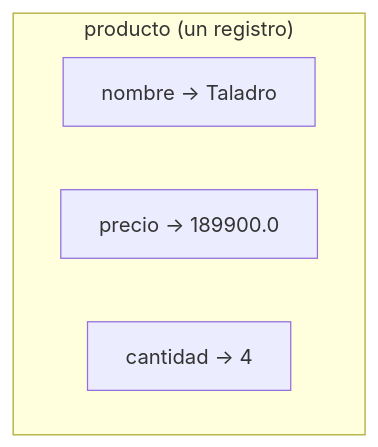
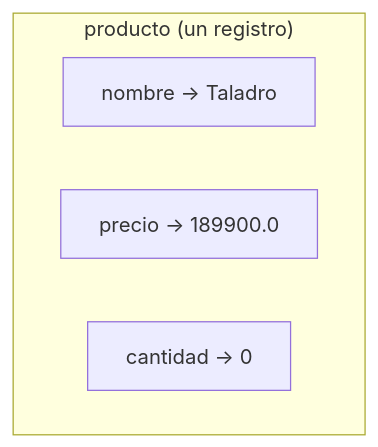
The fourth of 6 diagrams in content/cursos/programacion-cientifica/estructuras-de-datos-nativas.mdx (santiagoSuarez219/nodo-edu), drawn with Mermaid before and after one commit. The commit also changed other lines of this file and 2 other files, not shown here.

Commit message:
fix(programacion-cientifica): full sweep of inventory numbers in week 4
Resolve two more regressions from the hook rewrite that the previous
two fix rounds corrected tramo-by-tramo, each time leaving the next
mention out of sync:

- The closing socratic question in the teacher notes still cited
  append(8), the value from before the hook fix; updated to append(15).
- The single-product dict example ("Taladro") in the "Acceder por
  nombre" section still had cantidad: 4, while the hook and this same
  section's closing example already said 0 for Taladro; synced to 0 in
  both the lesson and the teacher notes.

Also align the closing inventory's product order between the lesson
diagram and the teacher notes code (Martillo -> Taladro ->
Destornillador in both), a minor consistency finding from the same
review pass.

````diff
--- a/content/cursos/programacion-cientifica/estructuras-de-datos-nativas.mdx
+++ b/content/cursos/programacion-cientifica/estructuras-de-datos-nativas.mdx
@@ -172,8 +172,8 @@
 ```mermaid
 flowchart TB
   subgraph P["producto (un registro)"]
     k1["nombre -> Taladro"]
     k2["precio -> 189900.0"]
-    k3["cantidad -> 4"]
+    k3["cantidad -> 0"]
   end
 ```
````
